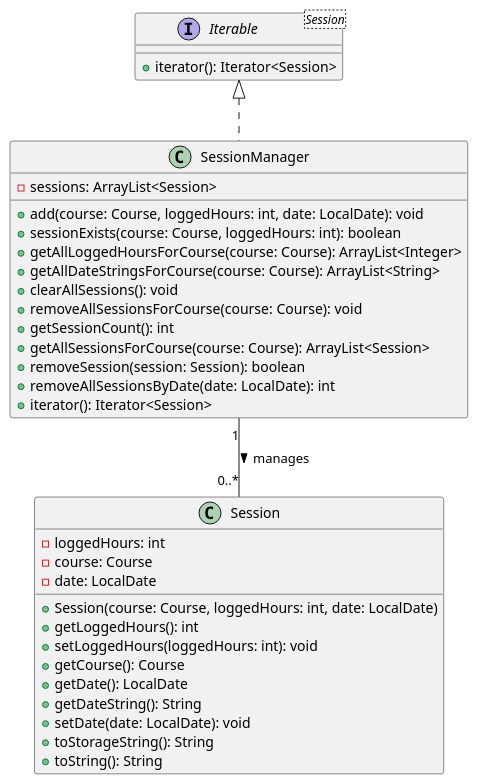
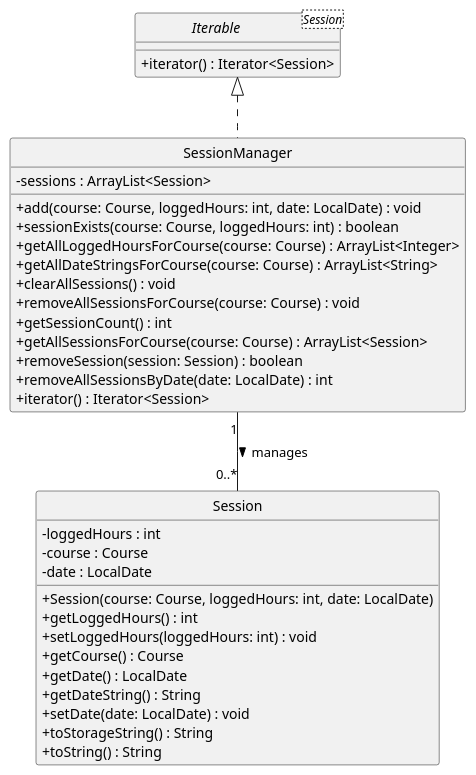
Before and after one commit to t-kandasami/tp: the diagram in docs/diagrams/SessionClassDiagram.puml, drawn with PlantUML. The commit also changed 1 other file, not shown here.

Commit message:
docs: Update session class diagram to follow course standard
Update session class diagram to follow course standard.

```diff
--- a/docs/diagrams/SessionClassDiagram.puml
+++ b/docs/diagrams/SessionClassDiagram.puml
@@ -1,39 +1,42 @@
 @startuml
+skinparam ClassAttributeIconSize 0
+hide circle
+
 class Session {
-    - loggedHours: int
-    - course: Course
-    - date: LocalDate
+    - loggedHours : int
+    - course : Course
+    - date : LocalDate
 
     + Session(course: Course, loggedHours: int, date: LocalDate)
-    + getLoggedHours(): int
-    + setLoggedHours(loggedHours: int): void
-    + getCourse(): Course
-    + getDate(): LocalDate
-    + getDateString(): String
-    + setDate(date: LocalDate): void
-    + toStorageString(): String
-    + toString(): String
+    + getLoggedHours() : int
+    + setLoggedHours(loggedHours: int) : void
+    + getCourse() : Course
+    + getDate() : LocalDate
+    + getDateString() : String
+    + setDate(date: LocalDate) : void
+    + toStorageString() : String
+    + toString() : String
 }
 
 class SessionManager implements Iterable<Session> {
-    - sessions: ArrayList<Session>
+    - sessions : ArrayList<Session>
 
-    + add(course: Course, loggedHours: int, date: LocalDate): void
-    + sessionExists(course: Course, loggedHours: int): boolean
-    + getAllLoggedHoursForCourse(course: Course): ArrayList<Integer>
-    + getAllDateStringsForCourse(course: Course): ArrayList<String>
-    + clearAllSessions(): void
-    + removeAllSessionsForCourse(course: Course): void
-    + getSessionCount(): int
-    + getAllSessionsForCourse(course: Course): ArrayList<Session>
-    + removeSession(session: Session): boolean
-    + removeAllSessionsByDate(date: LocalDate): int
-    + iterator(): Iterator<Session>
+    + add(course: Course, loggedHours: int, date: LocalDate) : void
+    + sessionExists(course: Course, loggedHours: int) : boolean
+    + getAllLoggedHoursForCourse(course: Course) : ArrayList<Integer>
+    + getAllDateStringsForCourse(course: Course) : ArrayList<String>
+    + clearAllSessions() : void
+    + removeAllSessionsForCourse(course: Course) : void
+    + getSessionCount() : int
+    + getAllSessionsForCourse(course: Course) : ArrayList<Session>
+    + removeSession(session: Session) : boolean
+    + removeAllSessionsByDate(date: LocalDate) : int
+    + iterator() : Iterator<Session>
 }
 
 interface Iterable<Session> {
-    + iterator(): Iterator<Session>
+    + iterator() : Iterator<Session>
 }
 
 SessionManager "1" -- "0..*" Session: manages >
 @enduml
```
